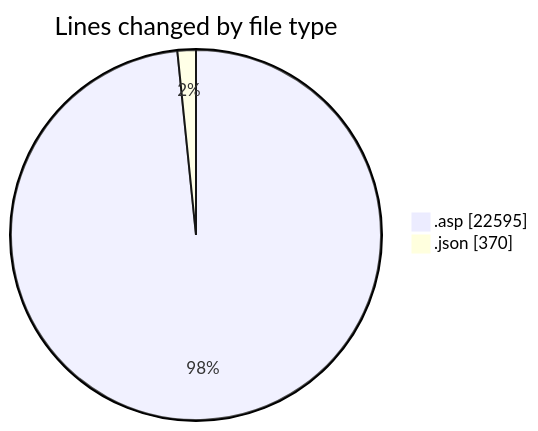
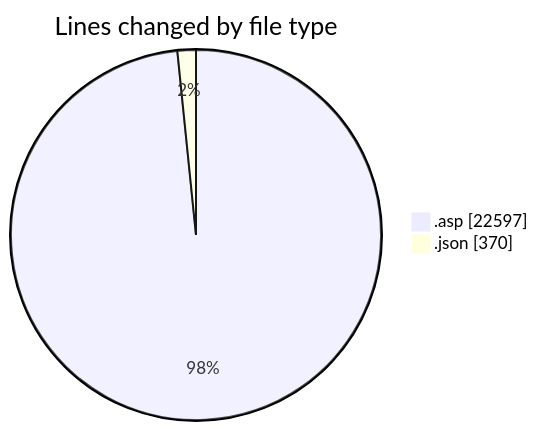
One commit to julien-gomy/code-tracking changed the first of 2 diagrams in 2025-11-01/cdp_aleoudev_fr__workspace_/README.md. Above: the diagram before and after it, drawn with Mermaid. The commit also changed other lines of this file and 1 other file, not shown here.

````diff
--- a/2025-11-01/cdp_aleoudev_fr__workspace_/README.md
+++ b/2025-11-01/cdp_aleoudev_fr__workspace_/README.md
@@ -29,6 +29,6 @@
 ```mermaid
 pie showData
 title Lines changed by file type
-".asp" : 22595
+".asp" : 22597
 ".json" : 370
 ```
````
